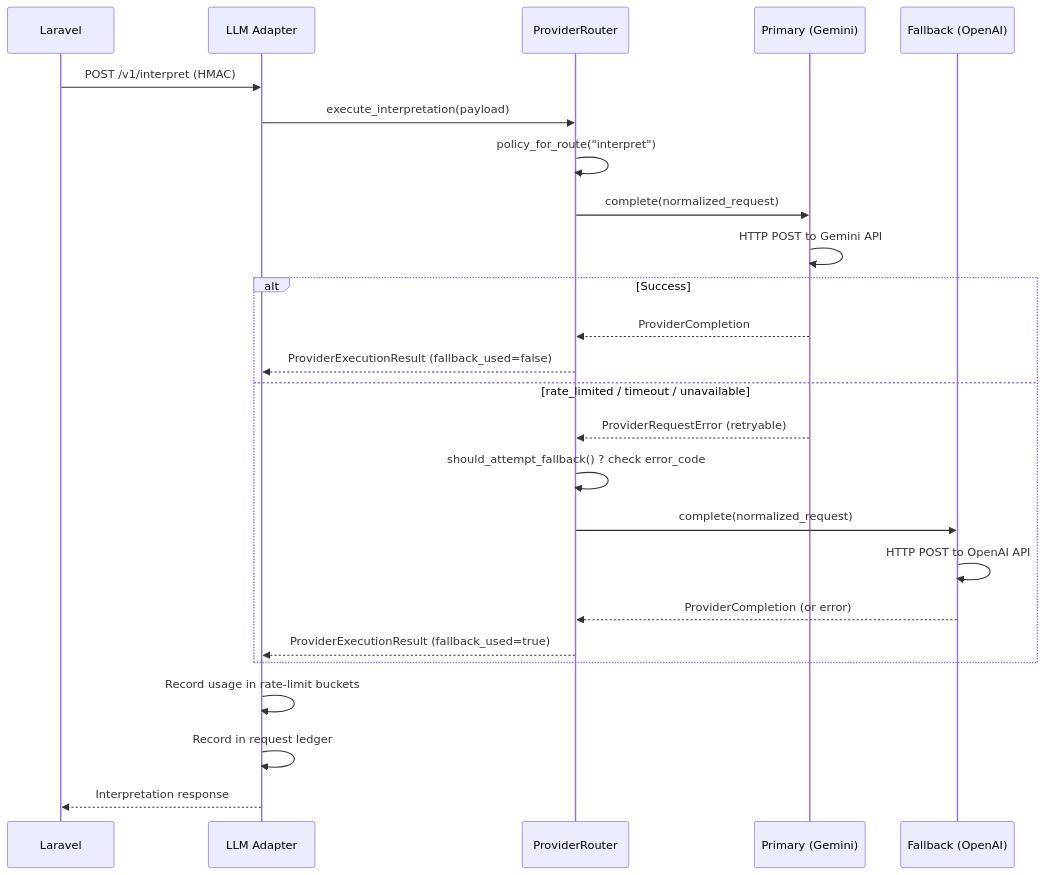
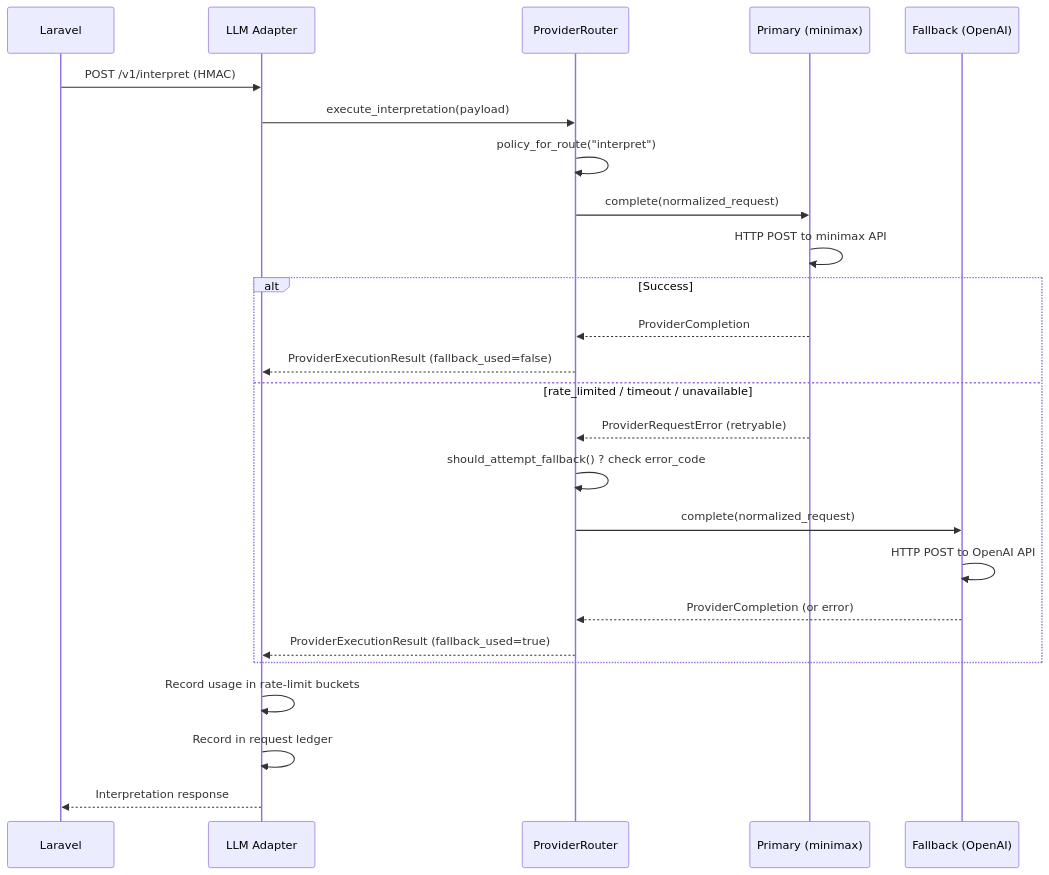
One commit to akmalhasan19/klass-mobile changed the third of 4 diagrams in INTEGRATION_MAPPING.md. Above: the diagram before and after it, drawn with Mermaid. The commit also changed other lines of this file and 32 other files, not shown here.

````diff
--- a/INTEGRATION_MAPPING.md
+++ b/INTEGRATION_MAPPING.md
@@ -177,30 +177,30 @@
 ```mermaid
 sequenceDiagram
     participant Laravel
     participant Adapter as LLM Adapter
     participant Router as ProviderRouter
-    participant Primary as Primary (Gemini)
+    participant Primary as Primary (minimax)
     participant Fallback as Fallback (OpenAI)
 
     Laravel->>Adapter: POST /v1/interpret (HMAC)
     Adapter->>Router: execute_interpretation(payload)
     Router->>Router: policy_for_route("interpret")
     Router->>Primary: complete(normalized_request)
 
-    Primary->>Primary: HTTP POST to Gemini API
+    Primary->>Primary: HTTP POST to minimax API
     alt Success
         Primary-->>Router: ProviderCompletion
         Router-->>Adapter: ProviderExecutionResult (fallback_used=false)
     else rate_limited / timeout / unavailable
         Primary-->>Router: ProviderRequestError (retryable)
         Router->>Router: should_attempt_fallback() ? check error_code
         Router->>Fallback: complete(normalized_request)
         Fallback->>Fallback: HTTP POST to OpenAI API
         Fallback-->>Router: ProviderCompletion (or error)
         Router-->>Adapter: ProviderExecutionResult (fallback_used=true)
     end
 
     Adapter->>Adapter: Record usage in rate-limit buckets
     Adapter->>Adapter: Record in request ledger
     Adapter-->>Laravel: Interpretation response
 ```
````
